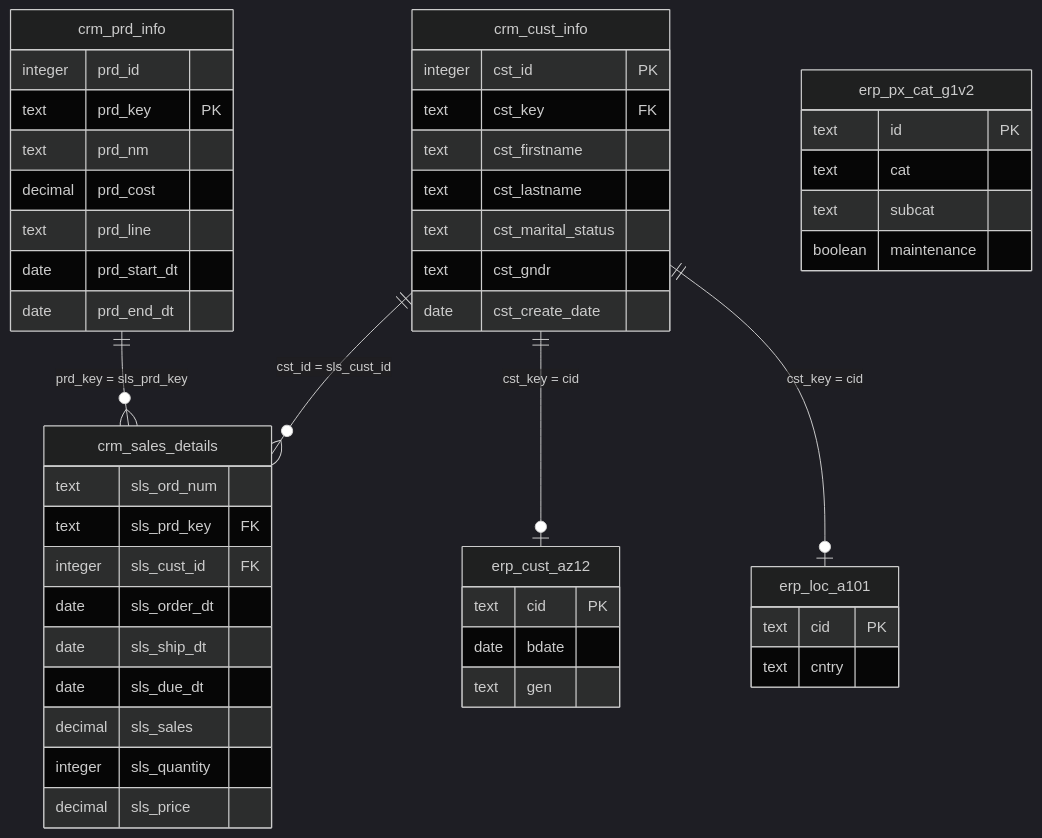
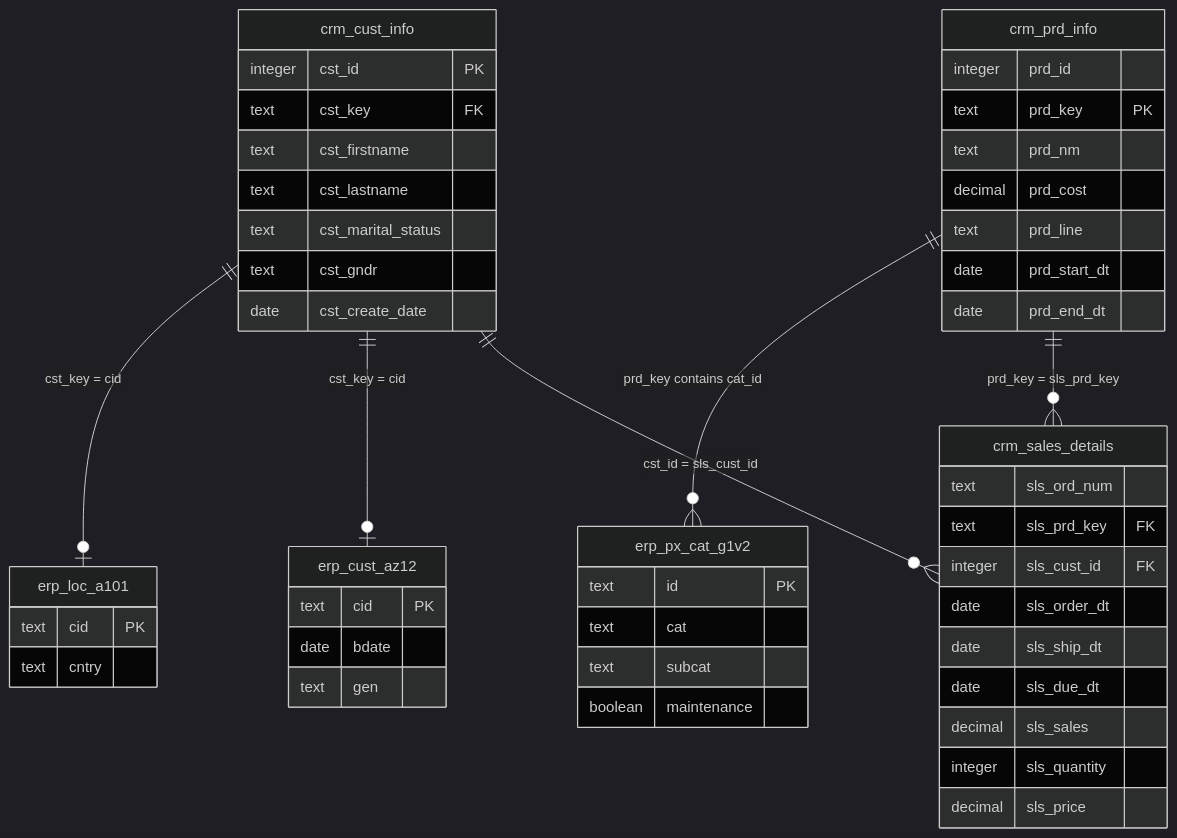
The diagram in docs/integration_model.md (joawab/PostgreSQL-data-warehouse-project), drawn with Mermaid (dark theme) before and after one commit.

Commit message:
Add product category relationship mapping
Add a new relationship between crm_prd_info and erp_px_cat_g1v2

````diff
--- a/docs/integration_model.md
+++ b/docs/integration_model.md
@@ -5,60 +5,60 @@
 ```mermaid
     erDiagram
 
     crm_cust_info {
         integer cst_id PK
         text cst_key FK
         text cst_firstname
         text cst_lastname
         text cst_marital_status
         text cst_gndr
         date cst_create_date
     }
 
     crm_prd_info {
         integer prd_id
         text prd_key PK
         text prd_nm
         decimal prd_cost
         text prd_line
         date prd_start_dt
         date prd_end_dt
     }
 
     crm_sales_details {
         text sls_ord_num 
         text sls_prd_key FK
         integer sls_cust_id FK
         date sls_order_dt
         date sls_ship_dt
         date sls_due_dt
         decimal sls_sales
         integer sls_quantity
         decimal sls_price
     }
 
     erp_cust_az12 {
         text cid PK
         date bdate
         text gen
     }
 
     erp_loc_a101 {
         text cid PK
         text cntry
     }
 
     erp_px_cat_g1v2 {
         text id PK
         text cat
         text subcat
         boolean maintenance
     }
 
 
 crm_cust_info ||--o{ crm_sales_details : "cst_id = sls_cust_id"
 crm_prd_info ||--o{ crm_sales_details : "prd_key = sls_prd_key"
 crm_cust_info ||--o| erp_cust_az12 : "cst_key = cid"
 crm_cust_info ||--o| erp_loc_a101 : "cst_key = cid"
-
+crm_prd_info ||--o{ erp_px_cat_g1v2 : "prd_key contains cat_id"
 ```
````
